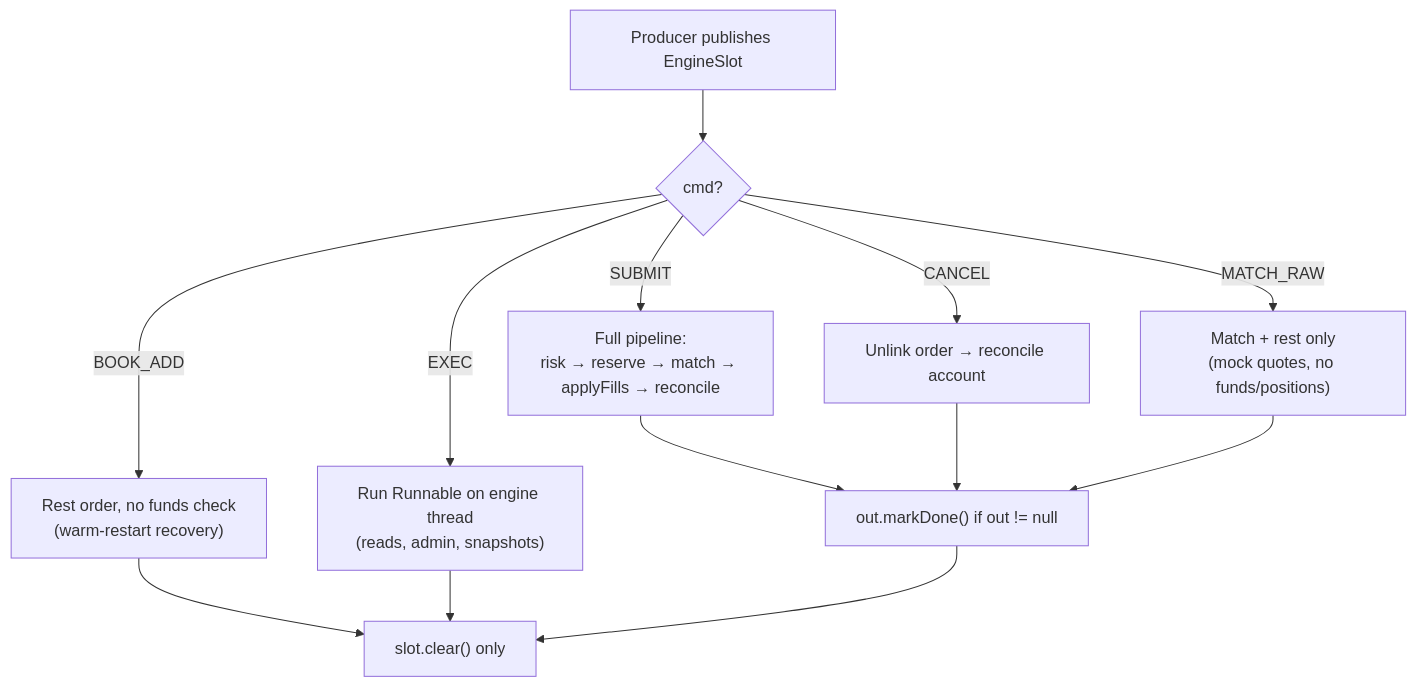
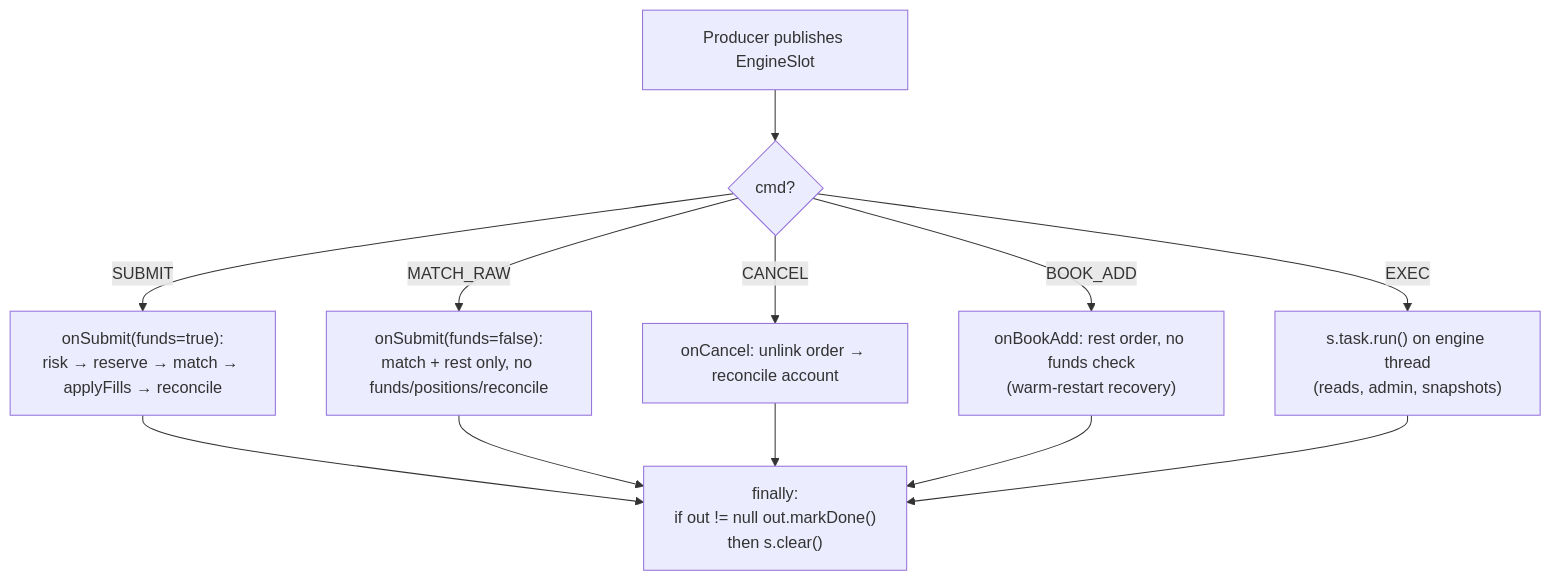
Before and after one commit to mc139/fx-oee-docs: the fifth of 11 diagrams in speed-engine-architecture.md, drawn with Mermaid. The commit also changed other lines of this file and 21 other files, not shown here.

````diff
--- a/speed-engine-architecture.md
+++ b/speed-engine-architecture.md
@@ -238,17 +240,16 @@
 ```mermaid
 flowchart TD
     PUB["Producer publishes EngineSlot"] --> DISPATCH{"cmd?"}
 
-    DISPATCH -->|SUBMIT| SUB["Full pipeline:<br/>risk → reserve → match → applyFills → reconcile"]
-    DISPATCH -->|CANCEL| CAN["Unlink order → reconcile account"]
-    DISPATCH -->|BOOK_ADD| BA["Rest order, no funds check<br/>(warm-restart recovery)"]
-    DISPATCH -->|MATCH_RAW| MR["Match + rest only<br/>(mock quotes, no funds/positions)"]
-    DISPATCH -->|EXEC| EX["Run Runnable on engine thread<br/>(reads, admin, snapshots)"]
+    DISPATCH -->|SUBMIT| SUB["onSubmit(funds=true):<br/>risk → reserve → match → applyFills → reconcile"]
+    DISPATCH -->|MATCH_RAW| MR["onSubmit(funds=false):<br/>match + rest only, no funds/positions/reconcile"]
+    DISPATCH -->|CANCEL| CAN["onCancel: unlink order → reconcile account"]
+    DISPATCH -->|BOOK_ADD| BA["onBookAdd: rest order, no funds check<br/>(warm-restart recovery)"]
+    DISPATCH -->|EXEC| EX["s.task.run() on engine thread<br/>(reads, admin, snapshots)"]
 
-    SUB --> DONE["out.markDone() if out != null"]
-    CAN --> DONE
-    MR --> DONE
-    BA --> CLEAR["slot.clear() only"]
-    EX --> CLEAR
-    DONE --> CLEAR
+    SUB --> FIN["finally:<br/>if out != null out.markDone()<br/>then s.clear()"]
+    MR --> FIN
+    CAN --> FIN
+    BA --> FIN
+    EX --> FIN
 ```
````
